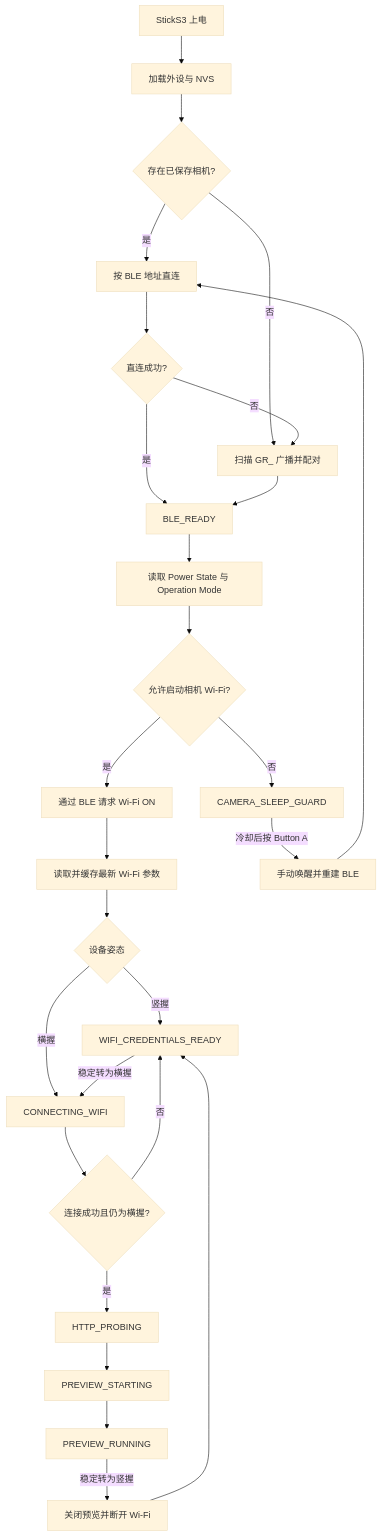
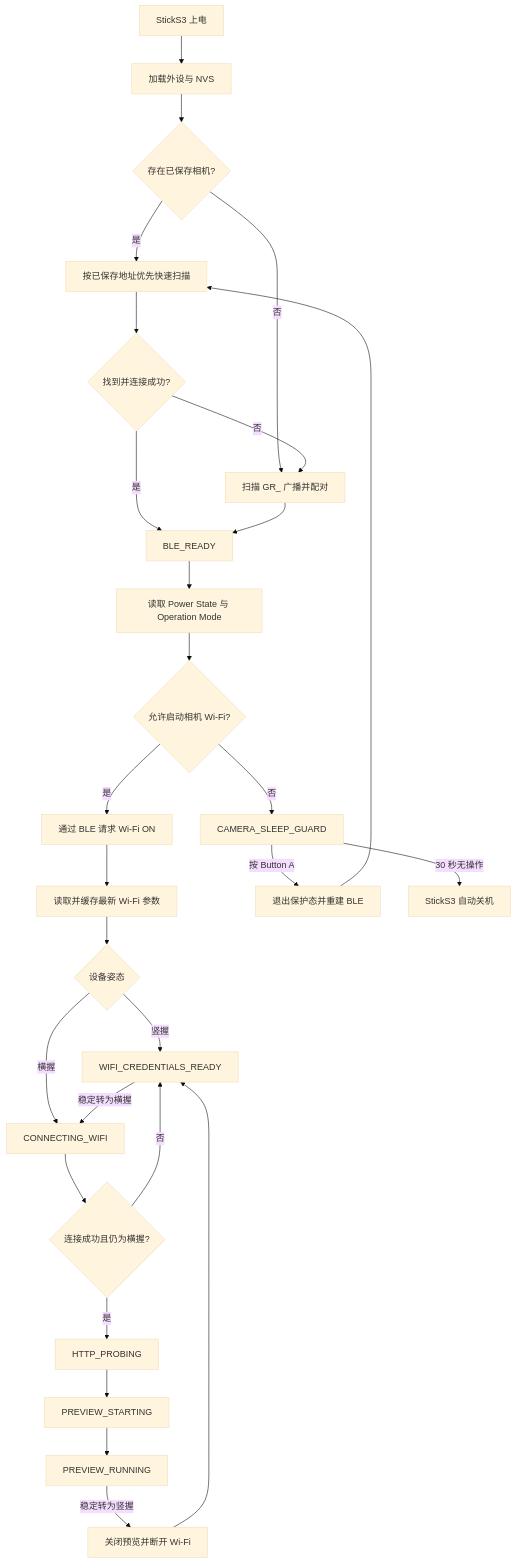
One commit to sky18Dragon/RICOH-GR-Live-View-Shooting changed the diagram in README.md. Above: the diagram before and after it, drawn with Mermaid (base theme). The commit also changed other lines of this file and 1 other file, not shown here.

````diff
--- a/README.md
+++ b/README.md
@@ -129,29 +139,30 @@
 ```mermaid
 flowchart TD
     A[StickS3 上电] --> B[加载外设与 NVS]
     B --> C{存在已保存相机?}
-    C -->|是| D[按 BLE 地址直连]
+    C -->|是| D[按已保存地址优先快速扫描]
     C -->|否| E[扫描 GR_ 广播并配对]
-    D --> F{直连成功?}
+    D --> F{找到并连接成功?}
     F -->|否| E
     F -->|是| G[BLE_READY]
     E --> G
     G --> H[读取 Power State 与 Operation Mode]
     H --> I{允许启动相机 Wi-Fi?}
     I -->|否| J[CAMERA_SLEEP_GUARD]
     I -->|是| K[通过 BLE 请求 Wi-Fi ON]
     K --> L[读取并缓存最新 Wi-Fi 参数]
     L --> M{设备姿态}
     M -->|竖握| N[WIFI_CREDENTIALS_READY]
     M -->|横握| O[CONNECTING_WIFI]
     N -->|稳定转为横握| O
     O --> P{连接成功且仍为横握?}
     P -->|否| N
     P -->|是| Q[HTTP_PROBING]
     Q --> R[PREVIEW_STARTING]
     R --> S[PREVIEW_RUNNING]
     S -->|稳定转为竖握| T[关闭预览并断开 Wi-Fi]
     T --> N
-    J -->|冷却后按 Button A| U[手动唤醒并重建 BLE]
+    J -->|按 Button A| U[退出保护态并重建 BLE]
+    J -->|30 秒无操作| V[StickS3 自动关机]
     U --> D
 ```
````
